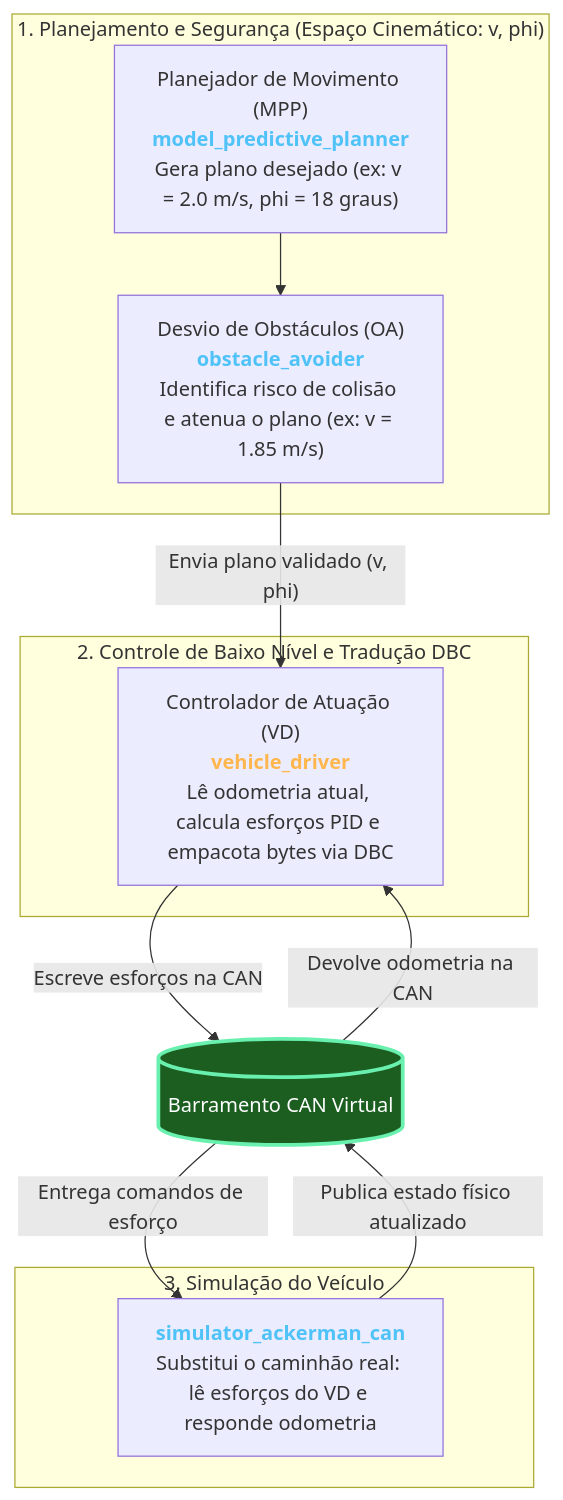
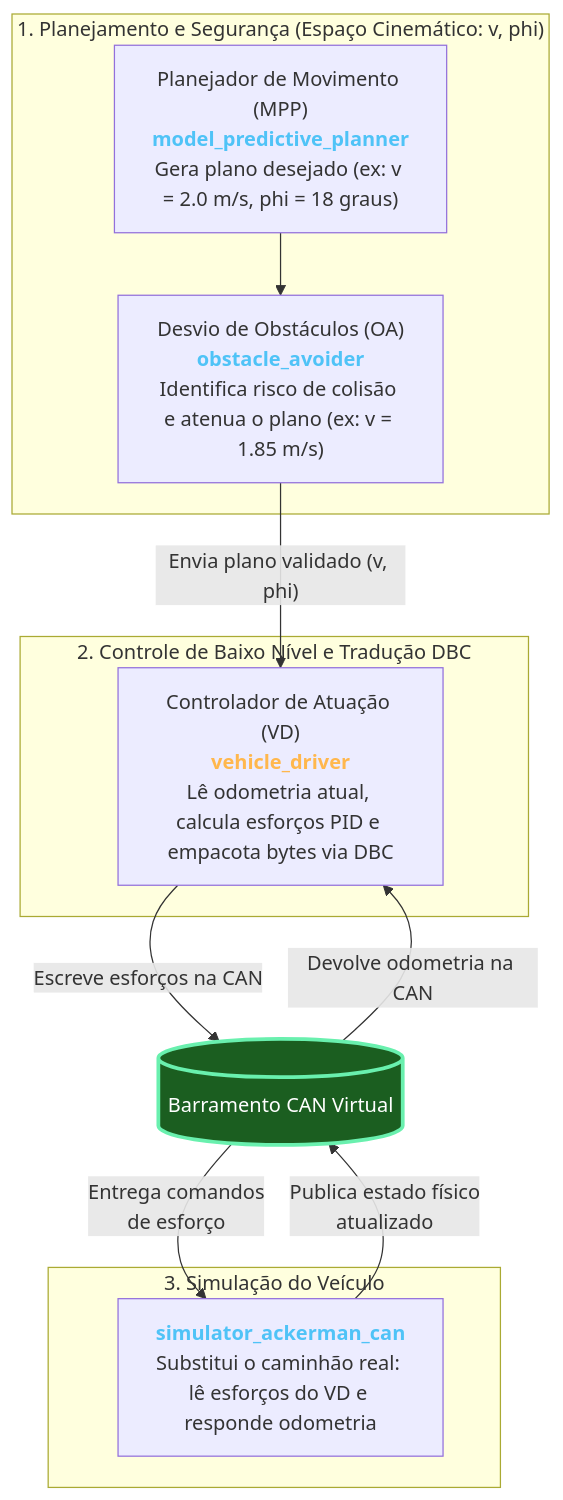
One commit to BrenoCSilva/lume changed the first of 2 diagrams in simulator_ackerman/docs/01_arquitetura_e_fluxo_geral.md. Above: the diagram before and after it, drawn with Mermaid.

````diff
--- a/simulator_ackerman/docs/01_arquitetura_e_fluxo_geral.md
+++ b/simulator_ackerman/docs/01_arquitetura_e_fluxo_geral.md
@@ -7,26 +7,26 @@
 ```mermaid
 flowchart TD
     subgraph AltoNivel ["1. Planejamento e Segurança (Espaço Cinemático: v, phi)"]
         MPP["Planejador de Movimento (MPP)<br/><b style='color:#4fc3f7'>model_predictive_planner</b><br/>Gera plano desejado (ex: v = 2.0 m/s, phi = 18 graus)"]
         MPP --> OA["Desvio de Obstáculos (OA)<br/><b style='color:#4fc3f7'>obstacle_avoider</b><br/>Identifica risco de colisão e atenua o plano (ex: v = 1.85 m/s)"]
     end
 
     OA -->|"Envia plano validado (v, phi)"| VD
 
     subgraph Controle ["2. Controle de Baixo Nível e Tradução DBC"]
         VD["Controlador de Atuação (VD)<br/><b style='color:#ffb74d'>vehicle_driver</b><br/>Lê odometria atual, calcula esforços PID e empacota bytes via DBC"]
     end
 
     CAN_BUS[("Barramento CAN Virtual")]
 
     subgraph HardwareOuSim ["3. Simulação do Veículo"]
         SIM["<b style='color:#4fc3f7'>simulator_ackerman_can</b><br/>Substitui o caminhão real: lê esforços do VD e responde odometria"]
     end
 
     VD -->|"Escreve esforços na CAN<br/>"| CAN_BUS
     CAN_BUS -->|"Devolve odometria na CAN<br/>"| VD
-    CAN_BUS -->|"Entrega comandos de esforço<br/>"| SIM
-    SIM -->|"Publica estado físico atualizado<br/>"| CAN_BUS
+    CAN_BUS -->|"Entrega comandos <br/>de esforço<br/>"| SIM
+    SIM -->|"Publica estado físico <br/>atualizado<br/>"| CAN_BUS
 
     style CAN_BUS fill:#1b5e20,stroke:#69f0ae,stroke-width:3px,color:#ffffff
 ```
````
